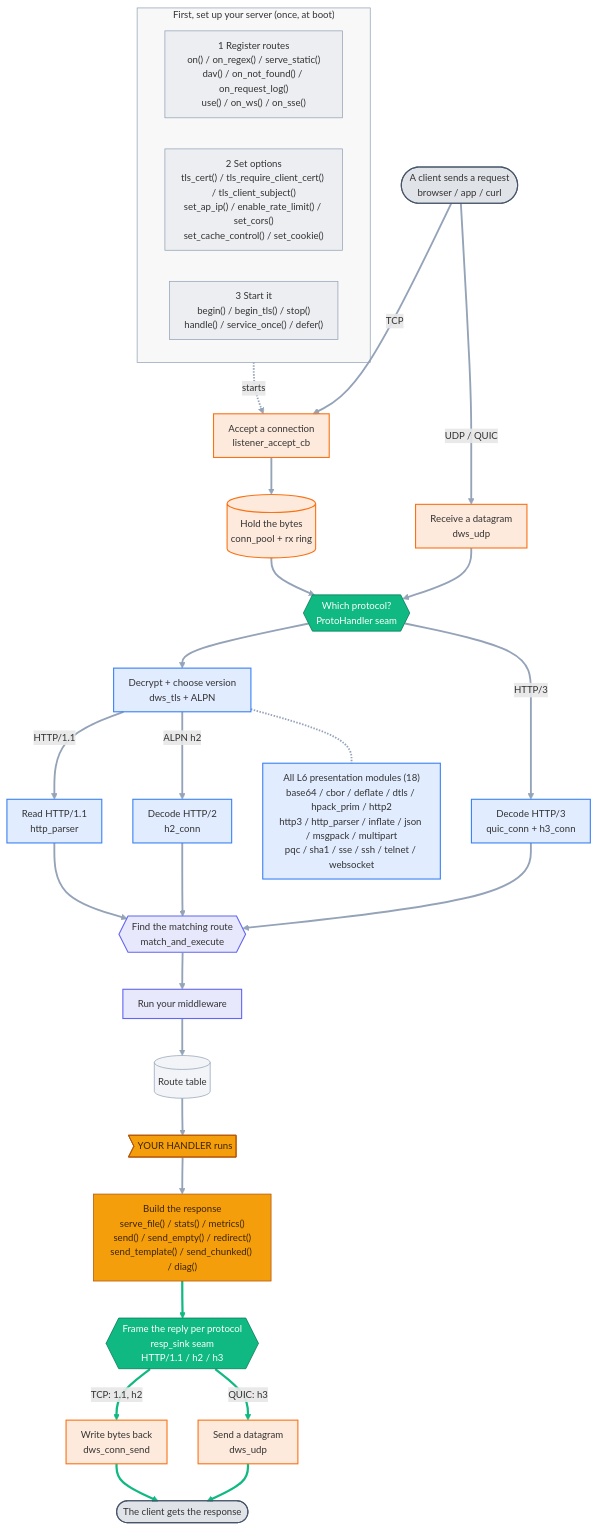
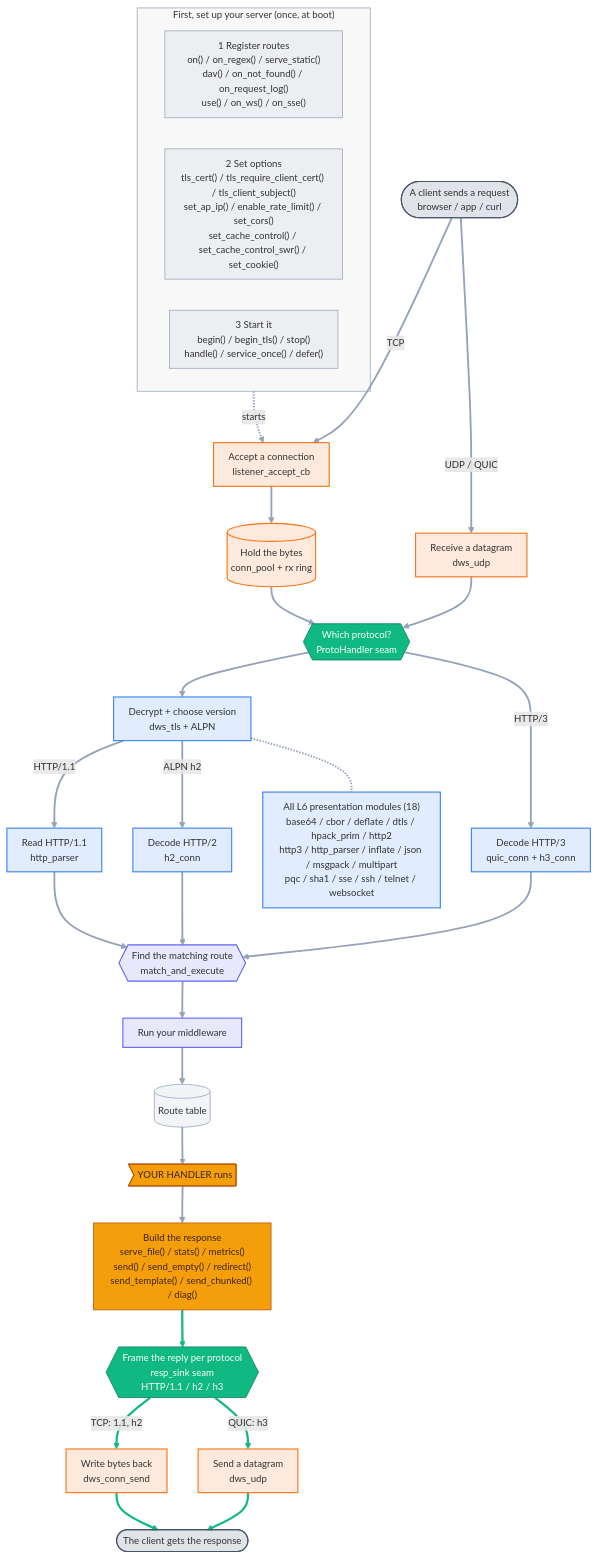
Before and after one commit to dstroy0/DeterministicESPAsyncWebServer: the diagram in docs/diagrams/api_flow_detail.mmd, drawn with Mermaid. The commit also changed 9 other files, not shown here.

```diff
--- a/docs/diagrams/api_flow_detail.mmd
+++ b/docs/diagrams/api_flow_detail.mmd
@@ -1,71 +1,71 @@
 %%{init: {'themeVariables':{'fontFamily':'ui-sans-serif,system-ui,Segoe UI,Roboto,sans-serif','fontSize':'13px','lineColor':'#94a3b8'},'flowchart':{'curve':'basis','nodeSpacing':42,'rankSpacing':50,'padding':10,'useMaxWidth':true}}}%%
 flowchart TB
   %% Auto-generated from the public API, proto_builtins.cpp, and presentation/ on disk.
   subgraph SETUP["First, set up your server (once, at boot)"]
     direction LR
     reg["1 Register routes<br/>on() / on_regex() / serve_static()<br/>dav() / on_not_found() / on_request_log()<br/>use() / on_ws() / on_sse()"]
-    cfg["2 Set options<br/>tls_cert() / tls_require_client_cert() / tls_client_subject()<br/>set_ap_ip() / enable_rate_limit() / set_cors()<br/>set_cache_control() / set_cookie()"]
+    cfg["2 Set options<br/>tls_cert() / tls_require_client_cert() / tls_client_subject()<br/>set_ap_ip() / enable_rate_limit() / set_cors()<br/>set_cache_control() / set_cache_control_swr() / set_cookie()"]
     run["3 Start it<br/>begin() / begin_tls() / stop()<br/>handle() / service_once() / defer()"]
   end
 
   cin(["A client sends a request<br/>browser / app / curl"])
   listen["Accept a connection<br/>listener_accept_cb"]
   ring[("Hold the bytes<br/>conn_pool + rx ring")]
   udprx["Receive a datagram<br/>dws_udp"]
   seam{{"Which protocol?<br/>ProtoHandler seam<br/>"}}
   tls["Decrypt + choose version<br/>dws_tls + ALPN"]
   parser["Read HTTP/1.1<br/>http_parser"]
   h2["Decode HTTP/2<br/>h2_conn"]
   h3["Decode HTTP/3<br/>quic_conn + h3_conn"]
   mae{{"Find the matching route<br/>match_and_execute"}}
   mw["Run your middleware"]
   routes[("Route table")]
   handler>"YOUR HANDLER runs"]
   resp["Build the response<br/>serve_file() / stats() / metrics()<br/>send() / send_empty() / redirect()<br/>send_template() / send_chunked() / diag()"]
   sink{{"Frame the reply per protocol<br/>resp_sink seam<br/>HTTP/1.1 / h2 / h3"}}
   consend["Write bytes back<br/>dws_conn_send"]
   udptx["Send a datagram<br/>dws_udp"]
   cout(["The client gets the response"])
   mods["All L6 presentation modules (18)<br/>base64 / cbor / deflate / dtls / hpack_prim / http2<br/>http3 / http_parser / inflate / json / msgpack / multipart<br/>pqc / sha1 / sse / ssh / telnet / websocket"]
 
   run -.->|starts| listen
   cin ==>|TCP| listen
   listen --> ring
   ring --> seam
   cin ==>|UDP / QUIC| udprx
   udprx --> seam
   seam --> tls
   tls -->|HTTP/1.1| parser
   tls -->|ALPN h2| h2
   seam -->|HTTP/3| h3
   parser --> mae
   h2 --> mae
   h3 --> mae
   mae --> mw
   mw --> routes
   routes --> handler
   handler --> resp
   resp --> sink
   sink -->|TCP: 1.1, h2| consend
   sink -->|QUIC: h3| udptx
   consend ==> cout
   udptx ==> cout
   tls -.- mods
 
   class cin,cout ext;
   class reg,cfg,run,routes setup;
   class listen,ring,udprx,udptx,consend l4;
   class seam,sink seam;
   class tls,parser,h2,h3,mods l6;
   class mae,mw l7;
   class handler,resp you;
   classDef ext fill:#64748b33,stroke:#475569,stroke-width:1.5px;
   classDef setup fill:#94a3b81f,stroke:#94a3b8;
   classDef l4 fill:#f9731626,stroke:#f97316,stroke-width:1.5px;
   classDef seam fill:#10b981,stroke:#047857,color:#ffffff;
   classDef l6 fill:#3b82f626,stroke:#3b82f6,stroke-width:1.5px;
   classDef l7 fill:#6366f126,stroke:#6366f1,stroke-width:1.5px;
   classDef you fill:#f59e0b,stroke:#b45309,color:#3b2508;
   style SETUP fill:#8888880f,stroke:#94a3b8,stroke-width:1px;
   linkStyle default stroke-width:2.5px;
   linkStyle 17,18,19,20,21 stroke:#10b981,stroke-width:3px;
```
